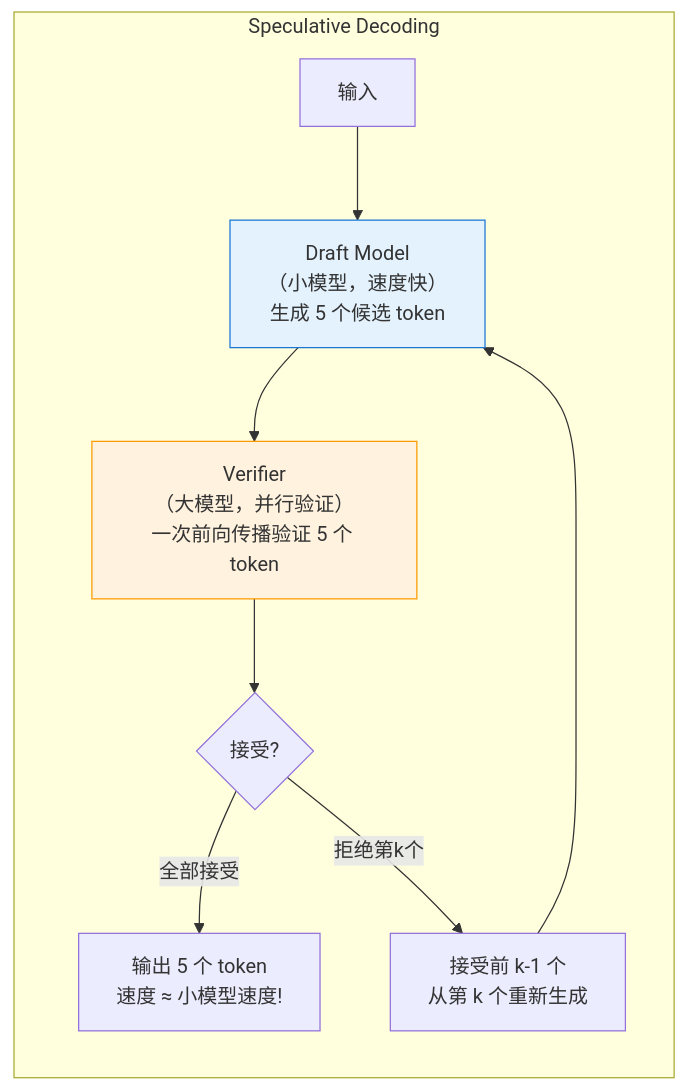
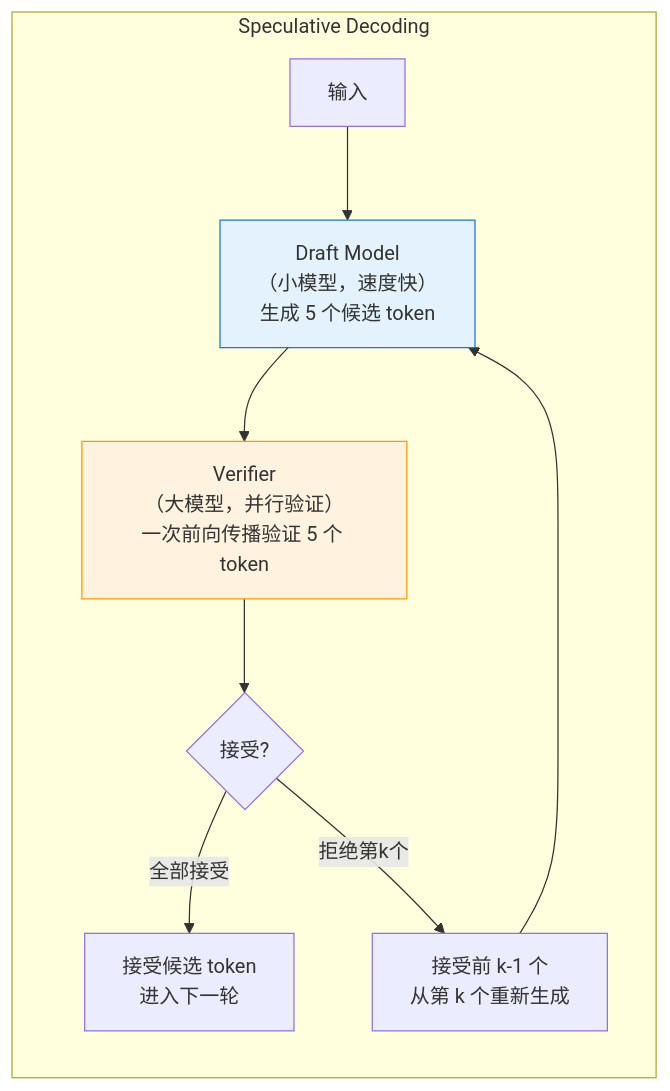
One commit to BeefWrap4/LLM-Knowledge-Base changed diagram 13 of 19 in 16_模型微调与推理优化.md. Above: the diagram before and after it, drawn with Mermaid. The commit also changed other lines of this file and 454 other files, not shown here.

````diff
--- a/16_模型微调与推理优化.md
+++ b/16_模型微调与推理优化.md
@@ -732,14 +736,14 @@
 ```mermaid
 graph LR
     subgraph "Speculative Decoding"
         I["输入"] --> D["Draft Model<br/>（小模型，速度快）<br/>生成 5 个候选 token"]
         D --> V["Verifier<br/>（大模型，并行验证）<br/>一次前向传播验证 5 个 token"]
         V --> A{"接受?"}
-        A -->|全部接受| O["输出 5 个 token<br/>速度 ≈ 小模型速度!"]
+        A -->|全部接受| O["接受候选 token<br/>进入下一轮"]
         A -->|拒绝第k个| R["接受前 k-1 个<br/>从第 k 个重新生成"]
         R --> D
     end
     
     style D fill:#e3f2fd,stroke:#1976d2
     style V fill:#fff3e0,stroke:#ff9800
 ```
````
